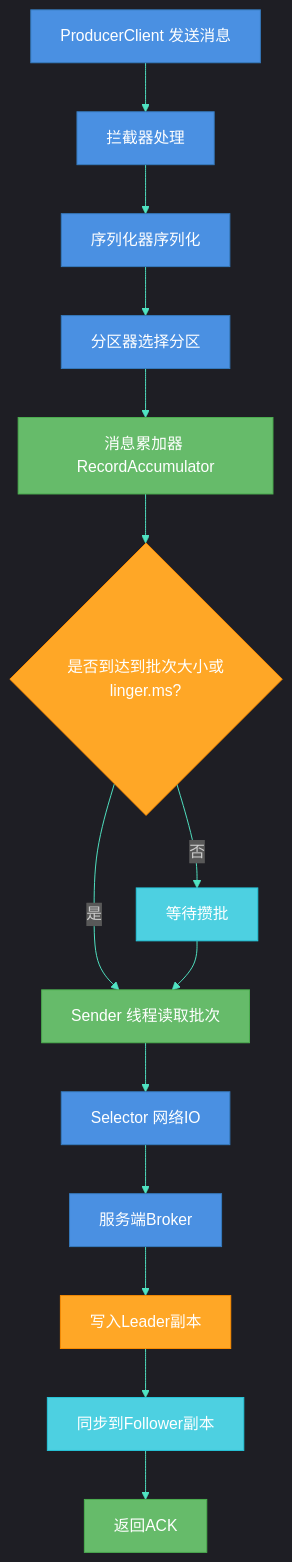
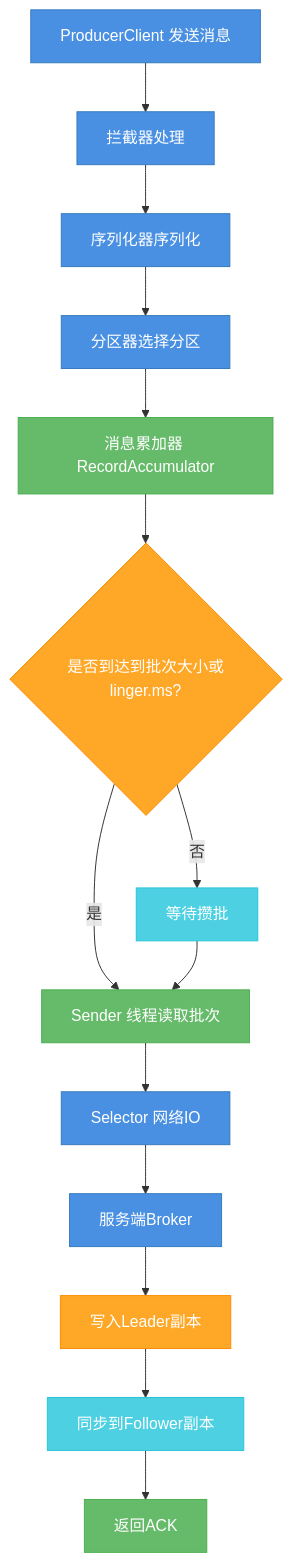
The first of 15 diagrams in 中间件/消息队列/kafka/第2章-核心原理.md (dd-xiaozhi/study-notes), drawn with Mermaid before and after one commit. The commit also changed other lines of this file and 45 other files, not shown here.

````diff
--- a/中间件/消息队列/kafka/第2章-核心原理.md
+++ b/中间件/消息队列/kafka/第2章-核心原理.md
@@ -15,40 +15,40 @@
 ```mermaid
-%%{init: {'theme': 'dark', 'themeVariables': {
+%%{ init: { 'theme': 'dark', 'themeVariables': {
     'primaryColor': '#4A90E2',
     'primaryTextColor': '#fff',
     'primaryBorderColor': '#357ABD',
     'lineColor': '#50E3C2',
     'secondaryColor': '#66BB6A',
     'tertiaryColor': '#9575CD',
     'noteBkgColor': '#2C3E50',
     'noteTextColor': '#ECF0F1',
     'actorBkg': '#4A90E2',
     'actorBorder': '#357ABD',
     'signalColor': '#50E3C2',
     'signalTextColor': '#fff'
-}}}%%
+} }%%
 flowchart TD
     classDef primary fill:#4A90E2,stroke:#357ABD,color:#fff
     classDef success fill:#66BB6A,stroke:#4CAF50,color:#fff
     classDef warning fill:#FFA726,stroke:#FB8C00,color:#fff
     classDef danger fill:#EF5350,stroke:#E53935,color:#fff
     classDef purple fill:#9575CD,stroke:#7E57C2,color:#fff
     classDef cyan fill:#4DD0E1,stroke:#26C6DA,color:#fff
     A[ProducerClient 发送消息] --> B[拦截器处理]
     B --> C[序列化器序列化]
     C --> D[分区器选择分区]
     D --> E[消息累加器 RecordAccumulator]
     E --> F{是否到达到批次大小或linger.ms?}
     F -->|否| G[等待攒批]
     F -->|是| H[Sender 线程读取批次]
     G --> H
     H --> I[ Selector 网络IO]
     I --> J[服务端Broker]
     J --> K[写入Leader副本]
     K --> L[同步到Follower副本]
     L --> M[返回ACK]
     class A,B,C,D,I,J primary
     class E,H,M success
     class F,K warning
     class G,L cyan
 ```
````
